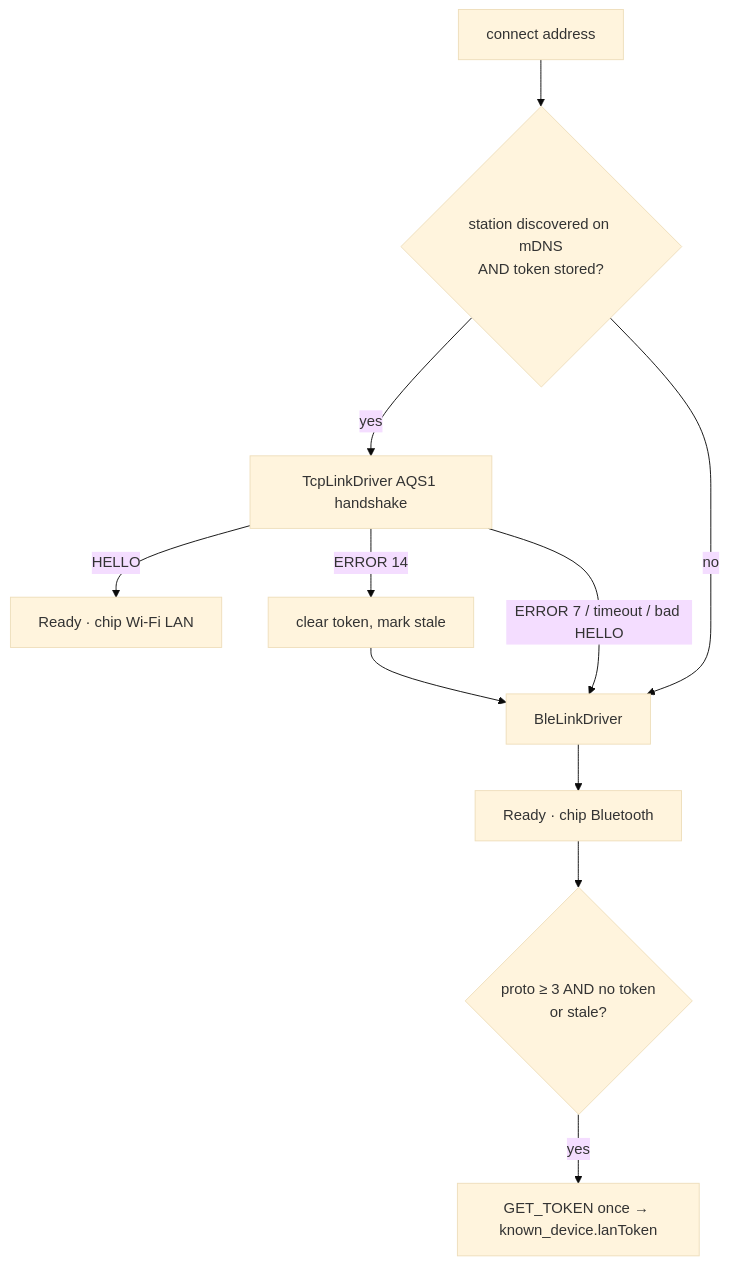
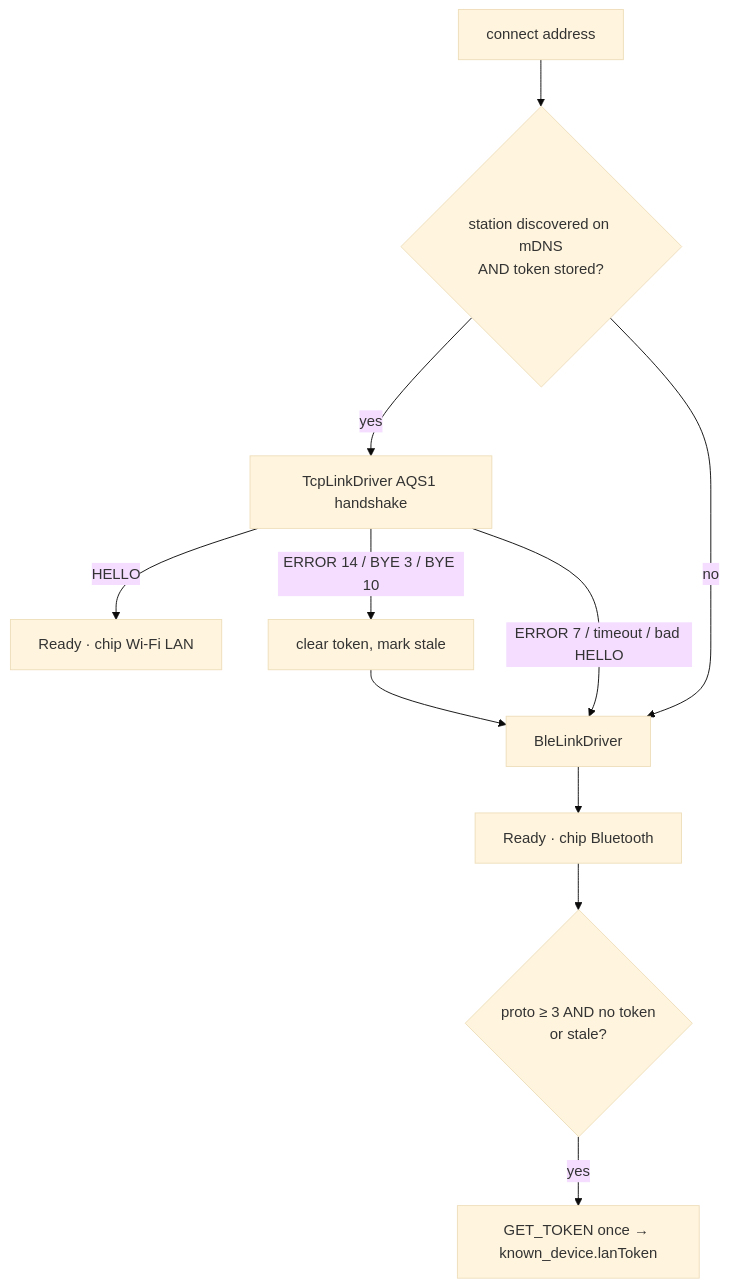
One commit to walkthru-earth/opensensor-space-mobile changed the first of 2 diagrams in docs/transports.md. Above: the diagram before and after it, drawn with Mermaid (base theme). The commit also changed other lines of this file and 1 other file, not shown here.

Commit message:
Document typed LAN BYE closes, rotated token clearing and Bluetooth connect failures

````diff
--- a/docs/transports.md
+++ b/docs/transports.md
@@ -9,12 +9,12 @@
 ```mermaid
 flowchart TD
   C[connect address] --> Q{station discovered on mDNS<br/>AND token stored?}
   Q -- yes --> L[TcpLinkDriver AQS1 handshake]
   L -- HELLO --> R[Ready · chip Wi-Fi LAN]
-  L -- ERROR 14 --> X[clear token, mark stale] --> B
+  L -- ERROR 14 / BYE 3 / BYE 10 --> X[clear token, mark stale] --> B
   L -- ERROR 7 / timeout / bad HELLO --> B[BleLinkDriver]
   Q -- no --> B
   B --> R2[Ready · chip Bluetooth]
   R2 --> T{proto ≥ 3 AND no token<br/>or stale?}
   T -- yes --> G[GET_TOKEN once → known_device.lanToken]
 ```
````
